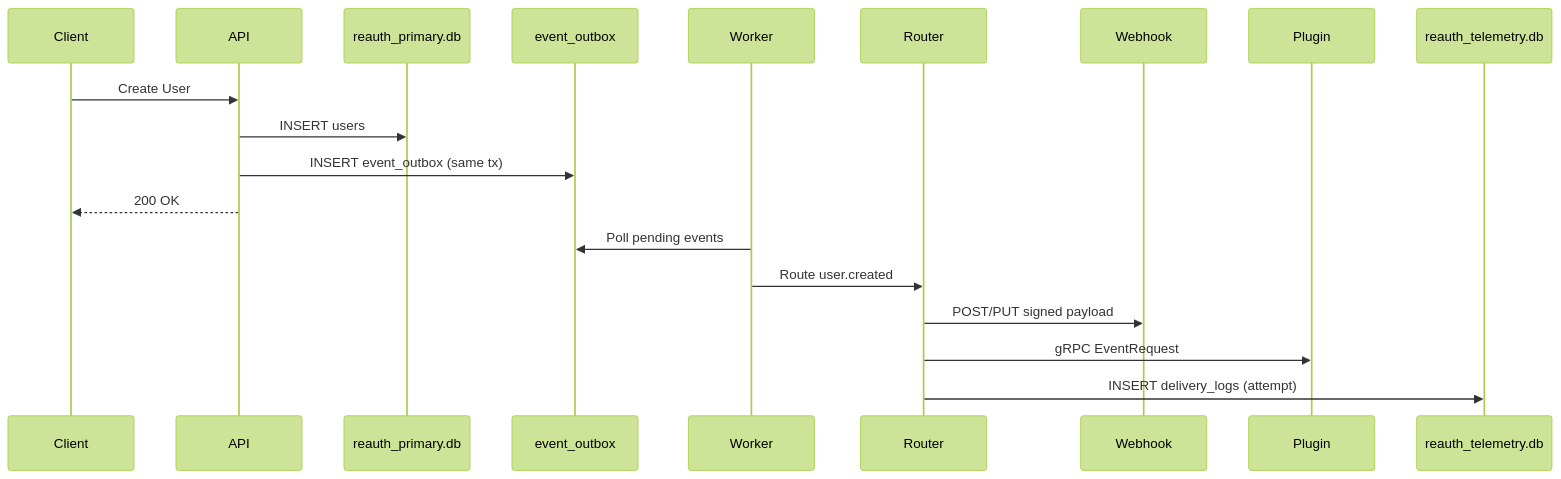
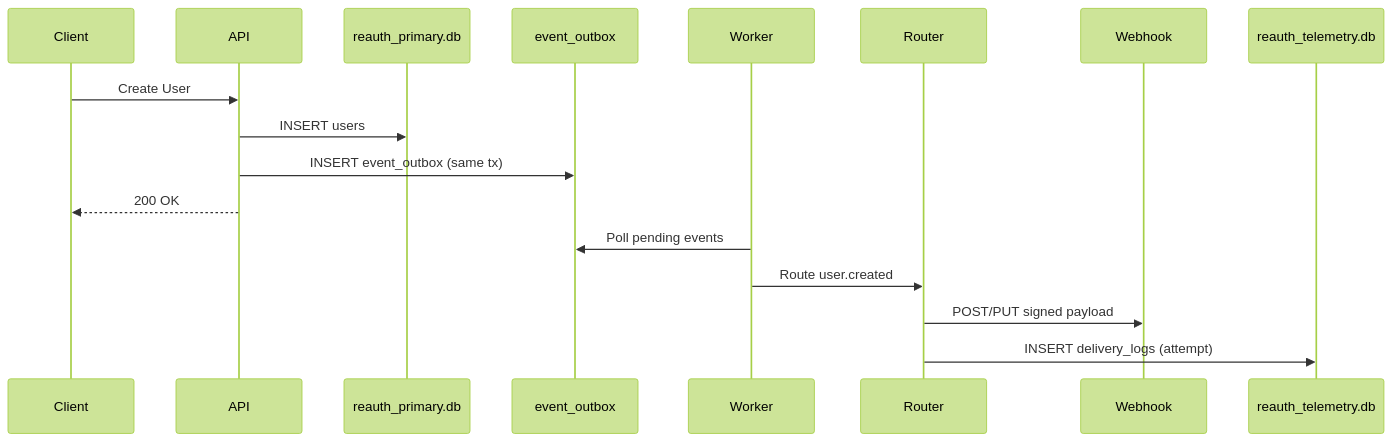
One commit to sagargupta2001/ReAuth changed the first of 3 diagrams in docs/memory/17-webhooks.md. Above: the diagram before and after it, drawn with Mermaid (forest theme). The commit also changed other lines of this file and 15 other files, not shown here.

Commit message:
Updated roadmaps for plugin removal.

````diff
--- a/docs/memory/17-webhooks.md
+++ b/docs/memory/17-webhooks.md
@@ -101,23 +98,21 @@
 ```mermaid
 sequenceDiagram
   participant Client
   participant API
   participant DB as reauth_primary.db
   participant Outbox as event_outbox
   participant Worker
   participant Router
   participant Webhook
-  participant Plugin
   participant Telemetry as reauth_telemetry.db
 
   Client->>API: Create User
   API->>DB: INSERT users
   API->>Outbox: INSERT event_outbox (same tx)
   API-->>Client: 200 OK
 
   Worker->>Outbox: Poll pending events
   Worker->>Router: Route user.created
   Router->>Webhook: POST/PUT signed payload
-  Router->>Plugin: gRPC EventRequest
   Router->>Telemetry: INSERT delivery_logs (attempt)
 ```
````
